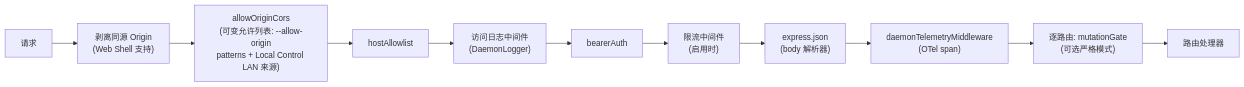
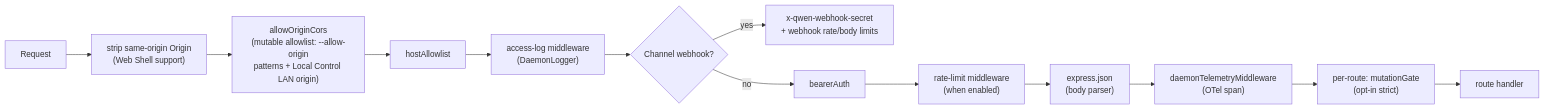
One commit to QwenLM/qwen-code-docs changed the first of 4 diagrams in website/content/zh/developers/daemon/12-auth-security.md. Above: the diagram before and after it, drawn with Mermaid. The commit also changed other lines of this file and 272 other files, not shown here.

````diff
--- a/website/content/zh/developers/daemon/12-auth-security.md
+++ b/website/content/zh/developers/daemon/12-auth-security.md
@@ -55,13 +63,15 @@
 ```mermaid
 flowchart LR
-    REQ[请求] --> SO["剥离同源 Origin<br/>(Web Shell 支持)"]
-    SO --> AO["allowOriginCors<br/>(可变允许列表: --allow-origin<br/>patterns + Local Control LAN 来源)"]
+    REQ[Request] --> SO["strip same-origin Origin<br/>(Web Shell support)"]
+    SO --> AO["allowOriginCors<br/>(mutable allowlist: --allow-origin<br/>patterns + Local Control LAN origin)"]
     AO --> HA["hostAllowlist"]
-    HA --> LOG["访问日志中间件<br/>(DaemonLogger)"]
-    LOG --> BA["bearerAuth"]
-    BA --> RL["限流中间件<br/>(启用时)"]
-    RL --> JSON["express.json<br/>(body 解析器)"]
+    HA --> LOG["access-log middleware<br/>(DaemonLogger)"]
+    LOG --> WH{"Channel webhook?"}
+    WH -->|yes| WS["x-qwen-webhook-secret<br/>+ webhook rate/body limits"]
+    WH -->|no| BA["bearerAuth"]
+    BA --> RL["rate-limit middleware<br/>(when enabled)"]
+    RL --> JSON["express.json<br/>(body parser)"]
     JSON --> TEL["daemonTelemetryMiddleware<br/>(OTel span)"]
-    TEL --> MG["逐路由: mutationGate<br/>(可选严格模式)"]
-    MG --> HANDLER["路由处理器"]
+    TEL --> MG["per-route: mutationGate<br/>(opt-in strict)"]
+    MG --> HANDLER["route handler"]
 ```
````
